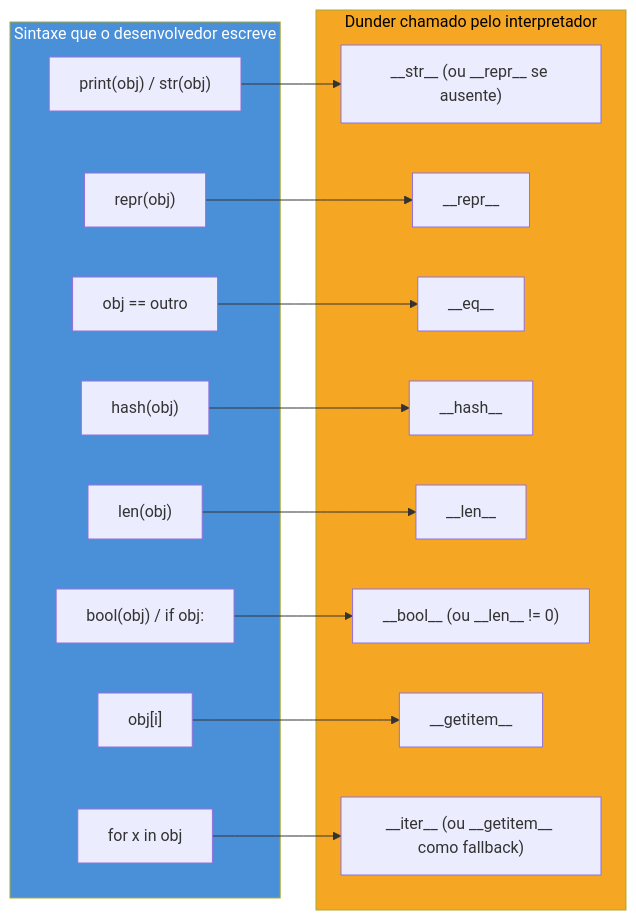
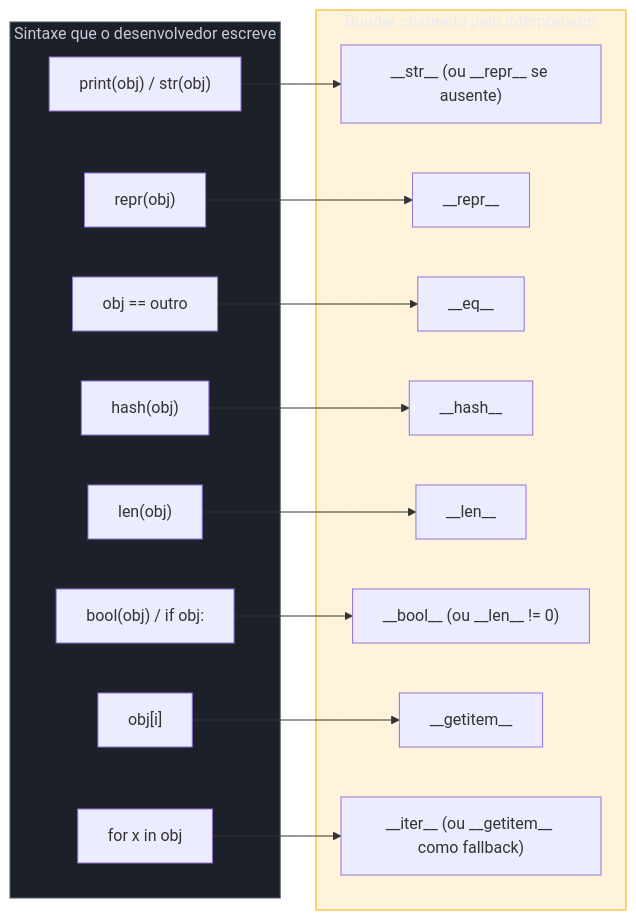
The first of 3 diagrams in 03-Dominios/Tecnologia/Python/OO e Data Model/03 - O Data Model — dunder methods essenciais.md (josenaldo/codex-technomanticus), drawn with Mermaid before and after one commit. The commit also changed other lines of this file and 1181 other files, not shown here.

First line of the commit message:
fix(diagramas): paleta do sistema no lugar de cor cravada no markdown

````diff
--- a/03-Dominios/Tecnologia/Python/OO e Data Model/03 - O Data Model — dunder methods essenciais.md
+++ b/03-Dominios/Tecnologia/Python/OO e Data Model/03 - O Data Model — dunder methods essenciais.md
@@ -81,36 +81,38 @@
 ```mermaid
 flowchart LR
+    classDef neutro fill:#1B2029,stroke:#4E5666,color:#C6CCD8
+    classDef destaque fill:#FFAA0024,stroke:#FFAA00,color:#E9ECF2
     subgraph Sintaxe["Sintaxe que o desenvolvedor escreve"]
         A["print(obj) / str(obj)"]
         B["repr(obj)"]
         C["obj == outro"]
         D["hash(obj)"]
         E["len(obj)"]
         F["bool(obj) / if obj:"]
         G["obj[i]"]
         H["for x in obj"]
     end
 
     subgraph Dunders["Dunder chamado pelo interpretador"]
         A2["__str__ (ou __repr__ se ausente)"]
         B2["__repr__"]
         C2["__eq__"]
         D2["__hash__"]
         E2["__len__"]
         F2["__bool__ (ou __len__ != 0)"]
         G2["__getitem__"]
         H2["__iter__ (ou __getitem__ como fallback)"]
     end
 
     A --> A2
     B --> B2
     C --> C2
     D --> D2
     E --> E2
     F --> F2
     G --> G2
     H --> H2
 
-    style Sintaxe fill:#4A90D9,color:#fff
-    style Dunders fill:#F5A623,color:#000
+    class Sintaxe neutro
+    class Dunders destaque
 ```
````
